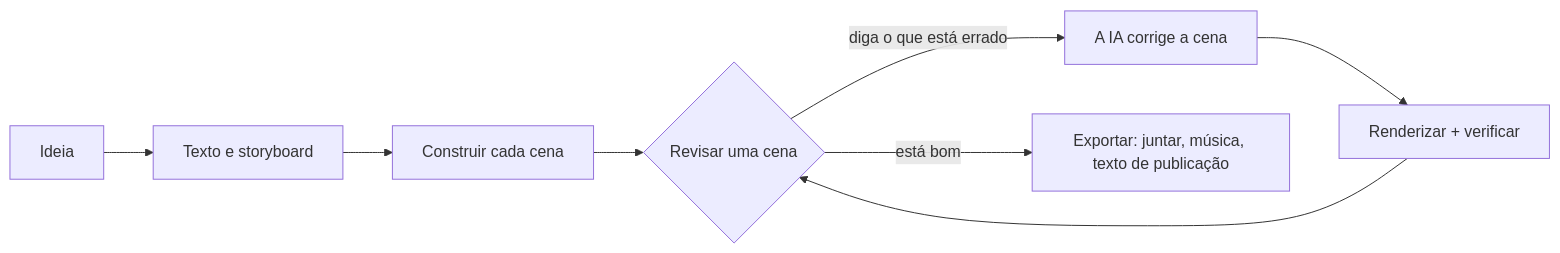
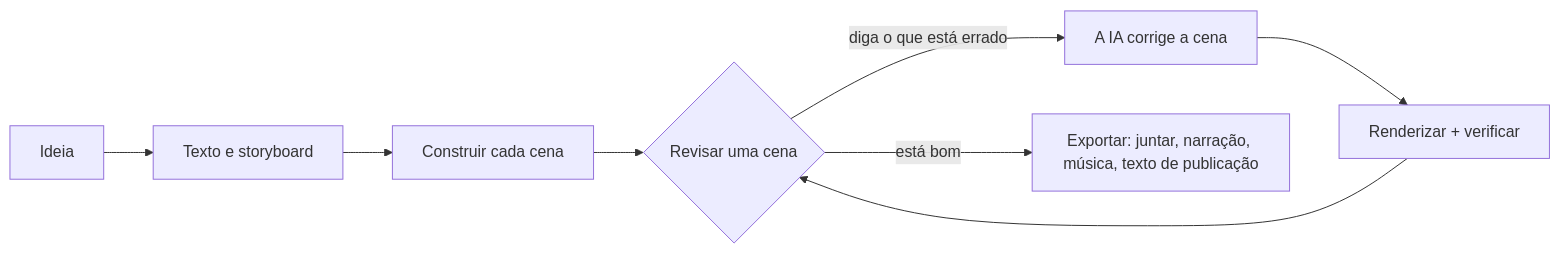
One commit to chihyungchang/Shotloop changed the diagram in README.pt-BR.md. Above: the diagram before and after it, drawn with Mermaid. The commit also changed other lines of this file and 161 other files, not shown here.

````diff
--- a/README.pt-BR.md
+++ b/README.pt-BR.md
@@ -109,8 +109,8 @@
 ```mermaid
 flowchart LR
   A[Ideia] --> B[Texto e storyboard]
   B --> C[Construir cada cena]
   C --> D{Revisar uma cena}
   D -- "diga o que está errado" --> E[A IA corrige a cena] --> F[Renderizar + verificar] --> D
-  D -- está bom --> G[Exportar: juntar, música, texto de publicação]
+  D -- está bom --> G[Exportar: juntar, narração, música, texto de publicação]
 ```
````
